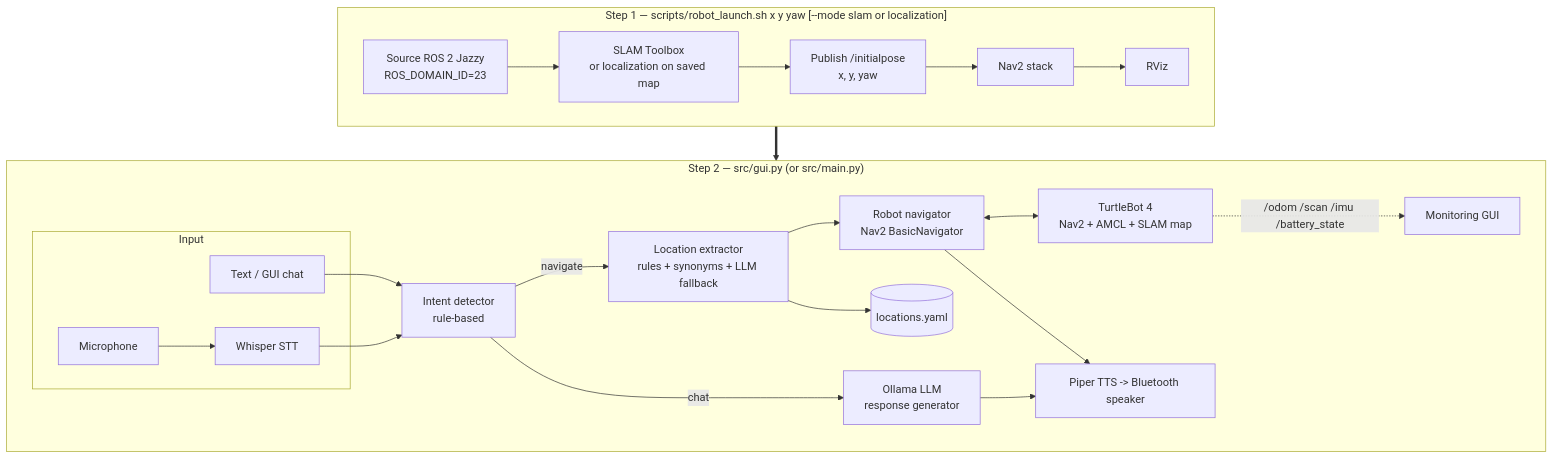
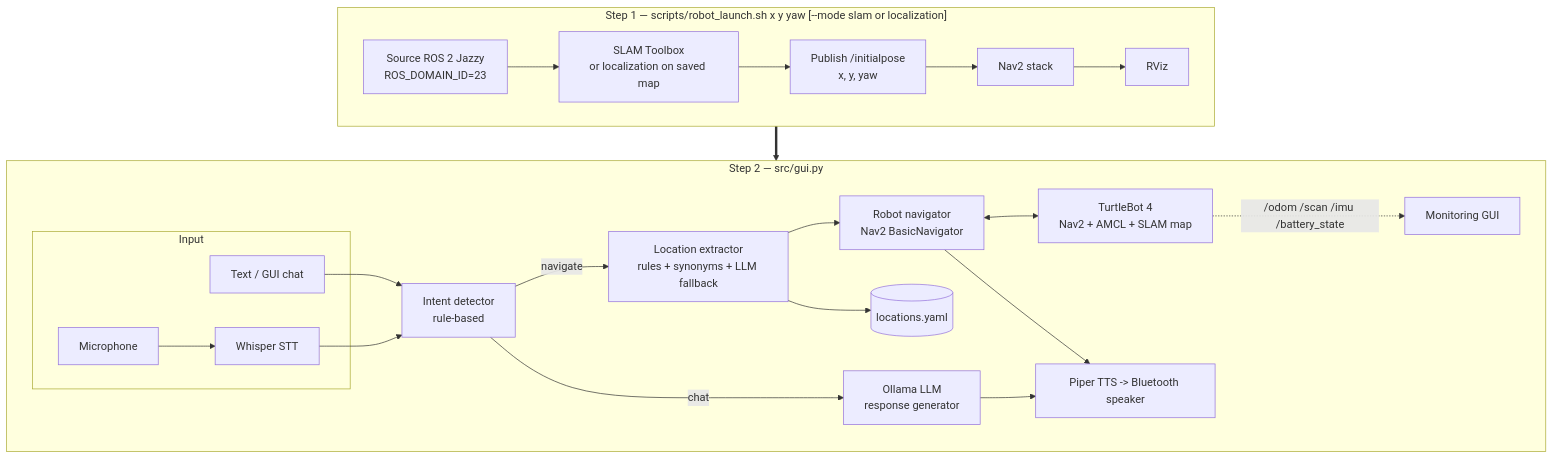
One commit to Huzaifa-Rahim-Malik/LLM-Based-Navigation-Using-Turtlebot4 changed the diagram in README.md. Above: the diagram before and after it, drawn with Mermaid. The commit also changed other lines of this file and 4 other files, not shown here.

````diff
--- a/README.md
+++ b/README.md
@@ -33,30 +33,30 @@
 ```mermaid
 flowchart TB
     subgraph S1["Step 1 — scripts/robot_launch.sh  x y yaw  [--mode slam or localization]"]
       direction LR
       L1["Source ROS 2 Jazzy<br/>ROS_DOMAIN_ID=23"] --> L2["SLAM Toolbox<br/>or localization on saved map"]
       L2 --> L3["Publish /initialpose<br/>x, y, yaw"]
       L3 --> L4["Nav2 stack"]
       L4 --> L5["RViz"]
     end
 
-    subgraph S2["Step 2 — src/gui.py  (or src/main.py)"]
+    subgraph S2["Step 2 — src/gui.py"]
       direction LR
       subgraph Input
         MIC[Microphone] --> STT[Whisper STT]
         TXT[Text / GUI chat]
       end
       STT --> INT["Intent detector<br/>rule-based"]
       TXT --> INT
       INT -- chat --> LLM["Ollama LLM<br/>response generator"]
       INT -- navigate --> LOC["Location extractor<br/>rules + synonyms + LLM fallback"]
       LOC --> LM[("locations.yaml")]
       LOC --> NAV["Robot navigator<br/>Nav2 BasicNavigator"]
       NAV <--> ROBOT["TurtleBot 4<br/>Nav2 + AMCL + SLAM map"]
       LLM --> TTS["Piper TTS -> Bluetooth speaker"]
       NAV --> TTS
       ROBOT -. "/odom /scan /imu /battery_state" .-> GUI["Monitoring GUI"]
     end
 
     S1 ==> S2
 ```
````
